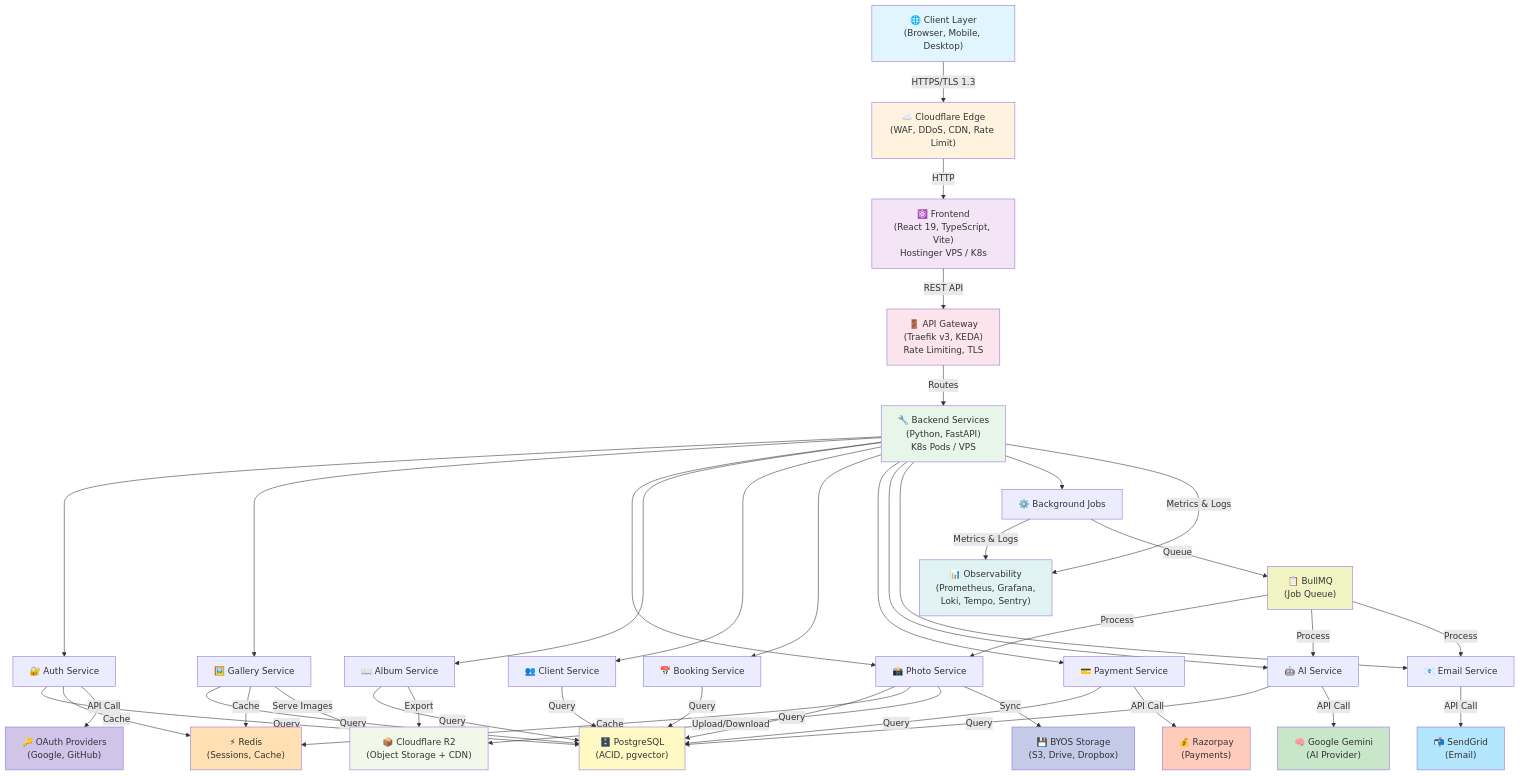
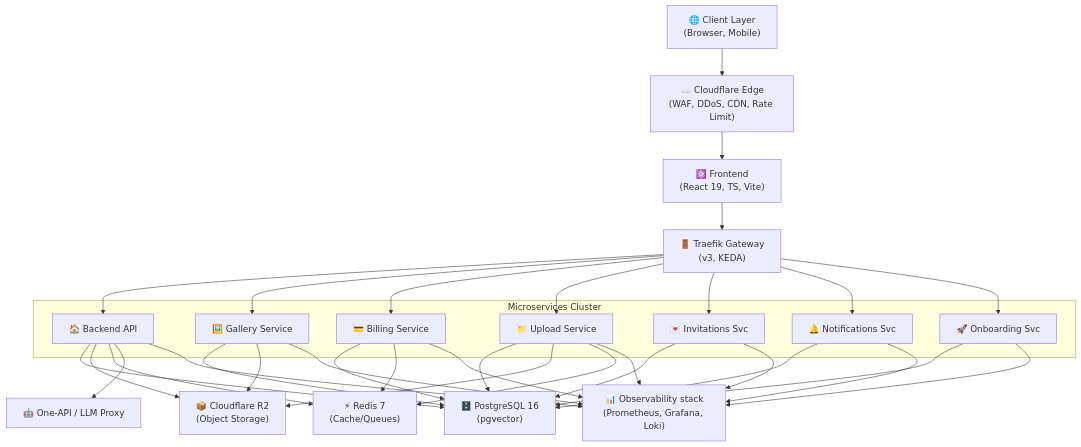
The diagram in docs/project/01-TECH_STACK.md (veerababumanyam/RawDrive), drawn with Mermaid before and after one commit. The commit also changed other lines of this file and 5 other files, not shown here.

Commit message:
docs: Align all architecture and tech stack docs with v0.3.0 microservices

````diff
--- a/docs/project/01-TECH_STACK.md
+++ b/docs/project/01-TECH_STACK.md
@@ -94,100 +94,45 @@
 ```mermaid
 graph TB
-    Client["🌐 Client Layer<br/>(Browser, Mobile, Desktop)"]
+    Client["🌐 Client Layer<br/>(Browser, Mobile)"]
     
     CF["☁️ Cloudflare Edge<br/>(WAF, DDoS, CDN, Rate Limit)"]
     
-    Frontend["⚛️ Frontend<br/>(React 19, TypeScript, Vite)<br/>Hostinger VPS / K8s"]
+    Frontend["⚛️ Frontend<br/>(React 19, TS, Vite)"]
     
-    Ingress["🚪 API Gateway<br/>(Traefik v3, KEDA)<br/>Rate Limiting, TLS"]
+    Ingress["🚪 Traefik Gateway<br/>(v3, KEDA)"]
     
-    Backend["🔧 Backend Services<br/>(Python, FastAPI)<br/>K8s Pods / VPS"]
+    subgraph "Microservices Cluster"
+        Backend["🏠 Backend API"]
+        Gallery["🖼️ Gallery Service"]
+        Billing["💳 Billing Service"]
+        Upload["📁 Upload Service"]
+        Invitations["💌 Invitations Svc"]
+        Notifications["🔔 Notifications Svc"]
+        Onboarding["🚀 Onboarding Svc"]
+    end
     
-    Auth["🔐 Auth Service"]
-    Gallery["🖼️ Gallery Service"]
-    Photo["📸 Photo Service"]
-    Album["📖 Album Service"]
-    Client_Svc["👥 Client Service"]
-    Booking["📅 Booking Service"]
-    Payment["💳 Payment Service"]
-    AI["🤖 AI Service"]
-    Email["📧 Email Service"]
-    Jobs["⚙️ Background Jobs"]
+    DB["🗄️ PostgreSQL 16<br/>(pgvector)"]
+    Cache["⚡ Redis 7<br/>(Cache/Queues)"]
+    Storage["📦 Cloudflare R2<br/>(Object Storage)"]
     
-    DB["🗄️ PostgreSQL<br/>(ACID, pgvector)"]
-    Cache["⚡ Redis<br/>(Sessions, Cache)"]
-    Storage["📦 Cloudflare R2<br/>(Object Storage + CDN)"]
+    Obs["📊 Observability stack<br/>(Prometheus, Grafana, Loki)"]
+    OneAPI["🤖 One-API / LLM Proxy"]
     
-    Obs["📊 Observability<br/>(Prometheus, Grafana,<br/>Loki, Tempo, Sentry)"]
+    Client --> CF
+    CF --> Frontend
+    Frontend --> Ingress
+    Ingress --> Backend
+    Ingress --> Gallery
+    Ingress --> Billing
+    Ingress --> Upload
+    Ingress --> Invitations
+    Ingress --> Notifications
+    Ingress --> Onboarding
     
-    Queue["📋 BullMQ<br/>(Job Queue)"]
+    Backend & Gallery & Billing & Upload & Invitations & Notifications & Onboarding --> DB
+    Backend & Gallery & Upload --> Storage
+    Backend & Billing & Upload --> Cache
+    Backend --> OneAPI
     
-    Gemini["🧠 Google Gemini<br/>(AI Provider)"]
-    Razorpay["💰 Razorpay<br/>(Payments)"]
-    SendGrid["📬 SendGrid<br/>(Email)"]
-    OAuth["🔑 OAuth Providers<br/>(Google, GitHub)"]
-    BYOS["💾 BYOS Storage<br/>(S3, Drive, Dropbox)"]
-    
-    Client -->|HTTPS/TLS 1.3| CF
-    CF -->|HTTP| Frontend
-    Frontend -->|REST API| Ingress
-    Ingress -->|Routes| Backend
-    
-    Backend --> Auth
-    Backend --> Gallery
-    Backend --> Photo
-    Backend --> Album
-    Backend --> Client_Svc
-    Backend --> Booking
-    Backend --> Payment
-    Backend --> AI
-    Backend --> Email
-    Backend --> Jobs
-    
-    Auth -->|Query| DB
-    Gallery -->|Query| DB
-    Photo -->|Query| DB
-    Album -->|Query| DB
-    Client_Svc -->|Query| DB
-    Booking -->|Query| DB
-    Payment -->|Query| DB
-    AI -->|Query| DB
-    
-    Auth -->|Cache| Cache
-    Gallery -->|Cache| Cache
-    Photo -->|Cache| Cache
-    
-    Photo -->|Upload/Download| Storage
-    Gallery -->|Serve Images| Storage
-    Album -->|Export| Storage
-    
-    Backend -->|Metrics & Logs| Obs
-    Jobs -->|Metrics & Logs| Obs
-    
-    Jobs -->|Queue| Queue
-    Queue -->|Process| Photo
-    Queue -->|Process| AI
-    Queue -->|Process| Email
-    
-    AI -->|API Call| Gemini
-    Payment -->|API Call| Razorpay
-    Email -->|API Call| SendGrid
-    Auth -->|API Call| OAuth
-    Photo -->|Sync| BYOS
-    
-    style Client fill:#e1f5ff
-    style CF fill:#fff3e0
-    style Frontend fill:#f3e5f5
-    style Ingress fill:#fce4ec
-    style Backend fill:#e8f5e9
-    style DB fill:#fff9c4
-    style Cache fill:#ffe0b2
-    style Storage fill:#f1f8e9
-    style Obs fill:#e0f2f1
-    style Queue fill:#f0f4c3
-    style Gemini fill:#c8e6c9
-    style Razorpay fill:#ffccbc
-    style SendGrid fill:#b3e5fc
-    style OAuth fill:#d1c4e9
-    style BYOS fill:#c5cae9
+    Backend & Gallery & Billing & Upload & Invitations & Notifications & Onboarding --> Obs
 ```
````
